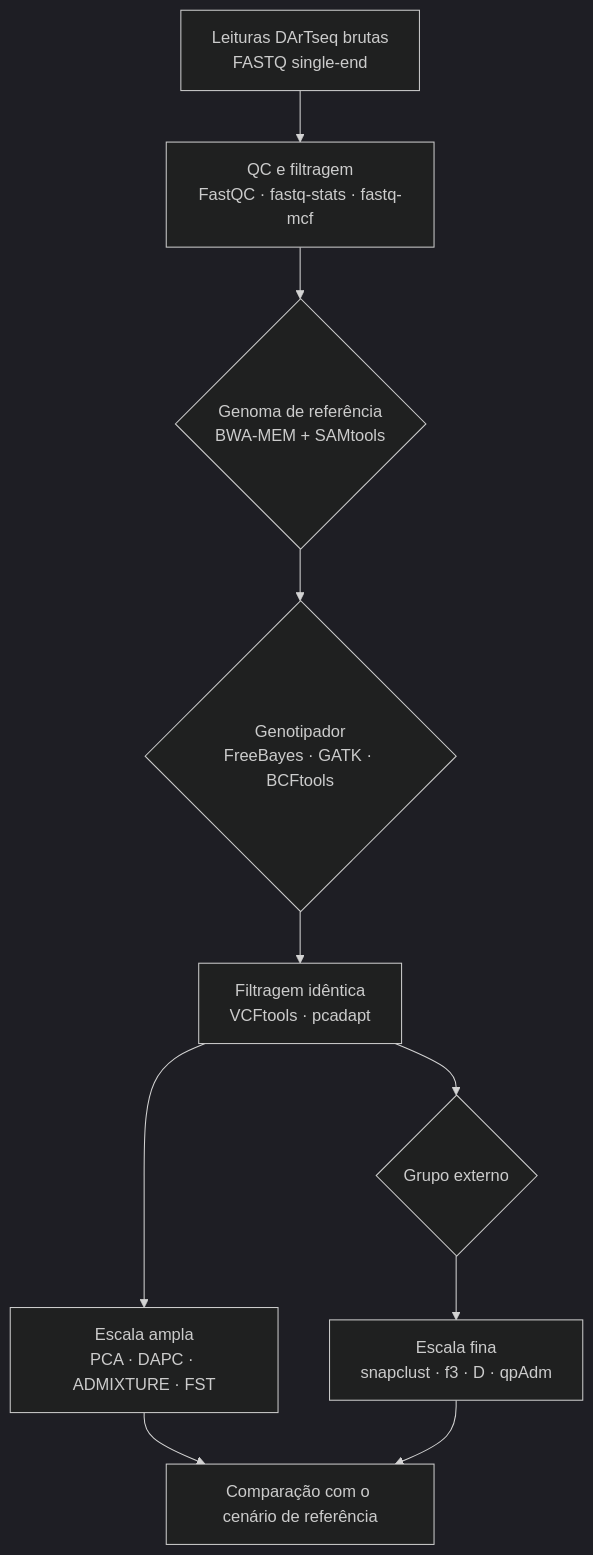
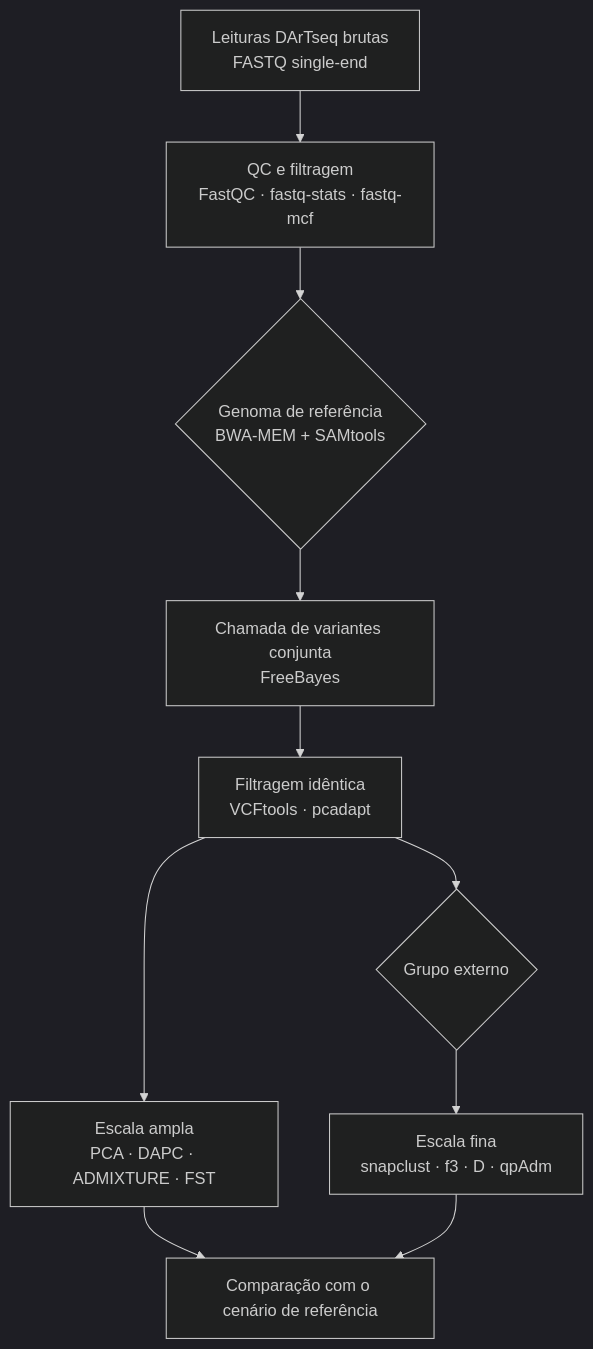
One commit to filipezatta/Nicotiana-bioinformatica changed the diagram in README.md. Above: the diagram before and after it, drawn with Mermaid (dark theme). The commit also changed other lines of this file, not shown here.

````diff
--- a/README.md
+++ b/README.md
@@ -38,12 +37,12 @@
 ```mermaid
 flowchart TD
     A[Leituras DArTseq brutas<br/>FASTQ single-end] --> B[QC e filtragem<br/>FastQC · fastq-stats · fastq-mcf]
     B --> C{Genoma de referência<br/>BWA-MEM + SAMtools}
-    C --> D{Genotipador<br/>FreeBayes · GATK · BCFtools}
+    C --> D[Chamada de variantes conjunta<br/>FreeBayes]
     D --> E[Filtragem idêntica<br/>VCFtools · pcadapt]
     E --> F[Escala ampla<br/>PCA · DAPC · ADMIXTURE · FST]
     E --> G{Grupo externo}
     G --> H[Escala fina<br/>snapclust · f3 · D · qpAdm]
     F --> I[Comparação com o cenário de referência]
     H --> I
 ```
````
